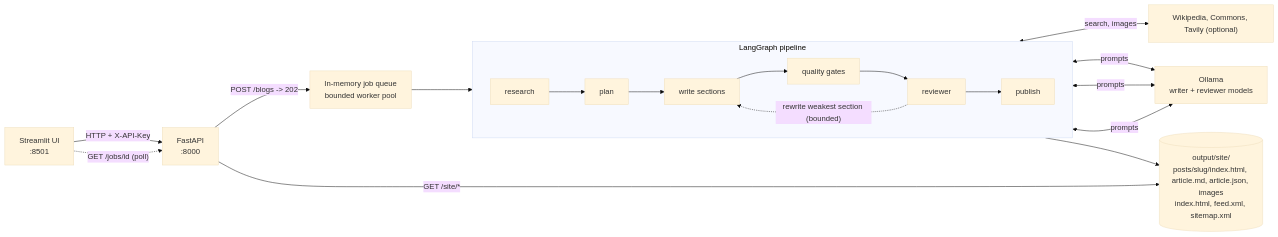
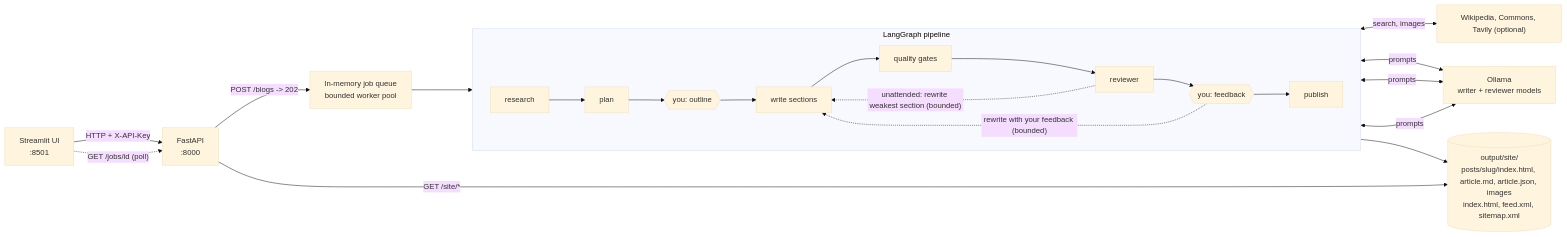
Before and after one commit to ShashwatSecure/Come-Blog: the diagram in README.md, drawn with Mermaid (base theme). The commit also changed other lines of this file and 12 other files, not shown here.

````diff
--- a/README.md
+++ b/README.md
@@ -32,16 +38,17 @@
 ```mermaid
 flowchart LR
     UI["Streamlit UI<br/>:8501"] -->|"HTTP + X-API-Key"| API["FastAPI<br/>:8000"]
     API -->|"POST /blogs -> 202"| Q["In-memory job queue<br/>bounded worker pool"]
     Q --> P
     subgraph P["LangGraph pipeline"]
         direction LR
-        R[research] --> PL[plan] --> W[write sections] --> QG[quality gates] --> RV[reviewer] --> PU[publish]
-        RV -. "rewrite weakest section (bounded)" .-> W
+        R[research] --> PL[plan] --> H1{{"you: outline"}} --> W[write sections] --> QG[quality gates] --> RV[reviewer] --> H2{{"you: feedback"}} --> PU[publish]
+        H2 -. "rewrite with your feedback (bounded)" .-> W
+        RV -. "unattended: rewrite weakest section (bounded)" .-> W
     end
     R <-->|"search, images"| EXT["Wikipedia, Commons, Tavily (optional)"]
     PL & W & RV <-->|"prompts"| OL["Ollama<br/>writer + reviewer models"]
     PU --> OUT[("output/site/<br/>posts/slug/index.html, article.md, article.json, images<br/>index.html, feed.xml, sitemap.xml")]
     API -->|"GET /site/*"| OUT
     UI -.->|"GET /jobs/id (poll)"| API
 ```
````
